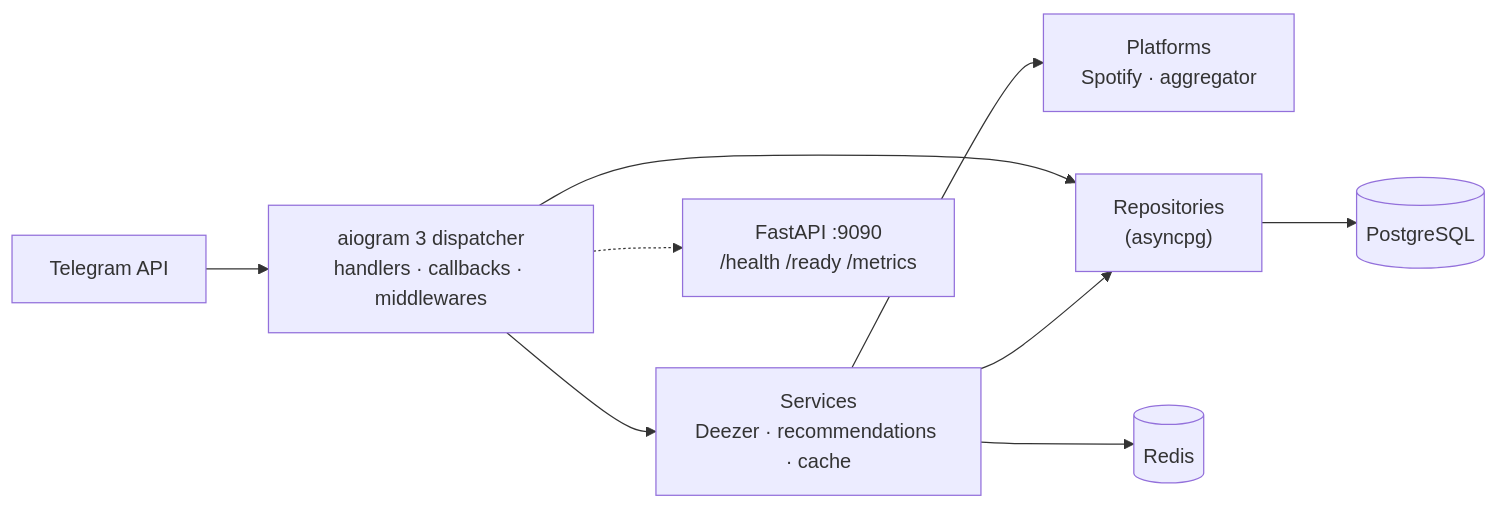
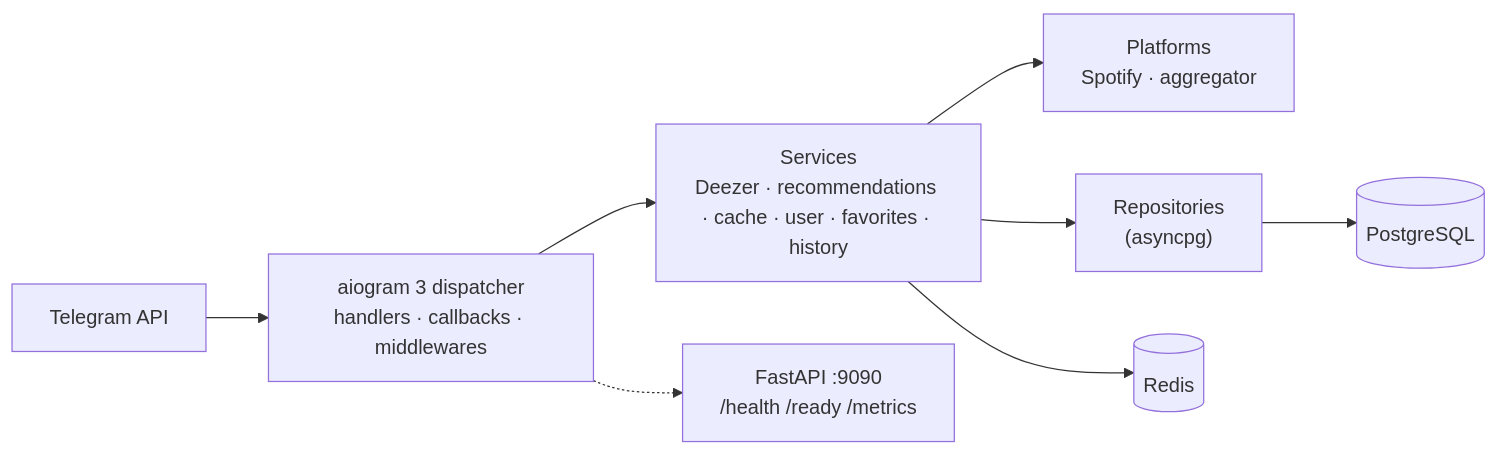
Before and after one commit to Ingwalde/Find-Music-Bot: the diagram in README.md, drawn with Mermaid. The commit also changed other lines of this file and 15 other files, not shown here.

First line of the commit message:
feat(architecture): enforce bot -> services -> database import direction

````diff
--- a/README.md
+++ b/README.md
@@ -37,11 +37,10 @@
 ```mermaid
 flowchart LR
     TG["Telegram API"] --> BOT["aiogram 3 dispatcher<br/>handlers · callbacks · middlewares"]
-    BOT --> SVC["Services<br/>Deezer · recommendations · cache"]
+    BOT --> SVC["Services<br/>Deezer · recommendations · cache · user · favorites · history"]
     SVC --> PLAT["Platforms<br/>Spotify · aggregator"]
-    BOT --> REPO["Repositories<br/>(asyncpg)"]
-    SVC --> REPO
+    SVC --> REPO["Repositories<br/>(asyncpg)"]
     REPO --> PG[("PostgreSQL")]
     SVC --> RD[("Redis")]
     BOT -.-> MON["FastAPI :9090<br/>/health /ready /metrics"]
 ```
````
